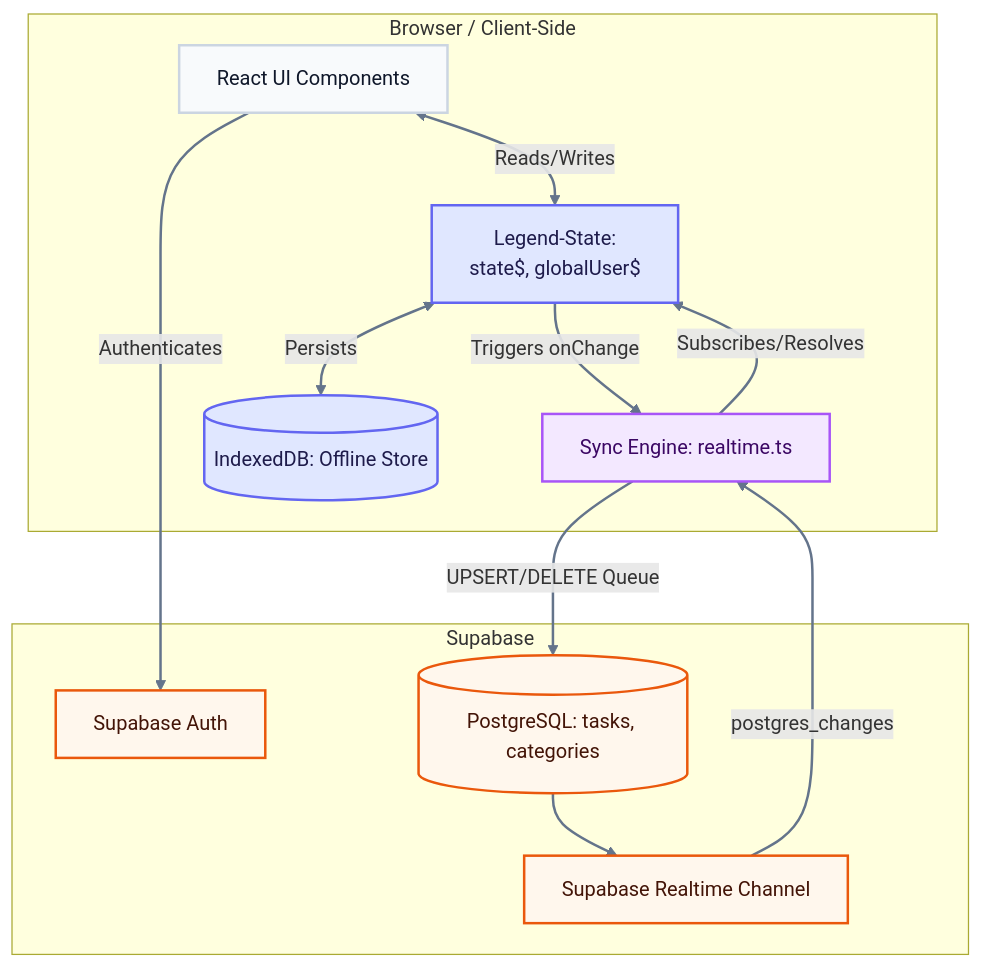
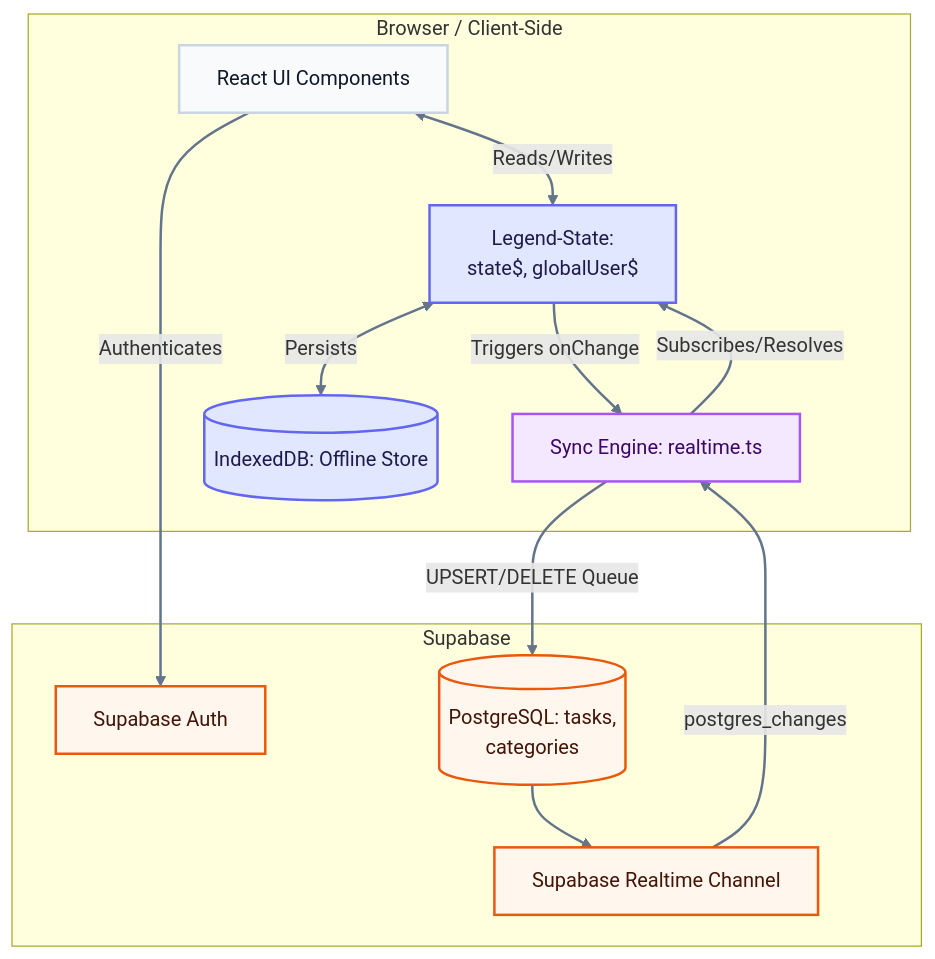
The diagram in architecture.md (Minedflayer/Task-manager), drawn with Mermaid before and after one commit.

Commit message:
docs: update architecture diagram formatting for postgres tables

````diff
--- a/architecture.md
+++ b/architecture.md
@@ -2,35 +2,35 @@
 ```mermaid
 graph TD
     %% Removed custom padding from classDef to prevent text clipping
     classDef clientStyle fill:#f8fafc,stroke:#cbd5e1,stroke-width:2px,color:#0f172a;
     classDef storeStyle fill:#e0e7ff,stroke:#6366f1,stroke-width:2px,color:#1e1b4b;
     classDef syncStyle fill:#f3e8ff,stroke:#a855f7,stroke-width:2px,color:#3b0764;
     classDef backendStyle fill:#fff7ed,stroke:#ea580c,stroke-width:2px,color:#431407;
 
     subgraph Client [Browser / Client-Side]
         UI[React UI Components]:::clientStyle
         State["Legend-State:<br>state$, globalUser$"]:::storeStyle
         Sync[Sync Engine: realtime.ts]:::syncStyle
         DB[(IndexedDB: Offline Store)]:::storeStyle
     end
 
     subgraph Backend [Supabase]
         Auth[Supabase Auth]:::backendStyle
-        Postgres[(PostgreSQL: tasks, categories)]:::backendStyle
+        Postgres[(PostgreSQL: tasks, <br> categories)]:::backendStyle
         Realtime[Supabase Realtime Channel]:::backendStyle
     end
 
     %% Apply explicit links with custom arrow colors
     UI <-->|Reads/Writes| State
     State <-->|Persists| DB
     State -->|Triggers onChange| Sync
     Sync -->|Subscribes/Resolves| State
 
     UI -->|Authenticates| Auth
     Sync -->|UPSERT/DELETE Queue| Postgres
     Realtime -->|postgres_changes| Sync
     Postgres --> Realtime
 
     %% Change link line colors globally or individually
     linkStyle default stroke:#64748b,stroke-width:2px;
 ```
````
